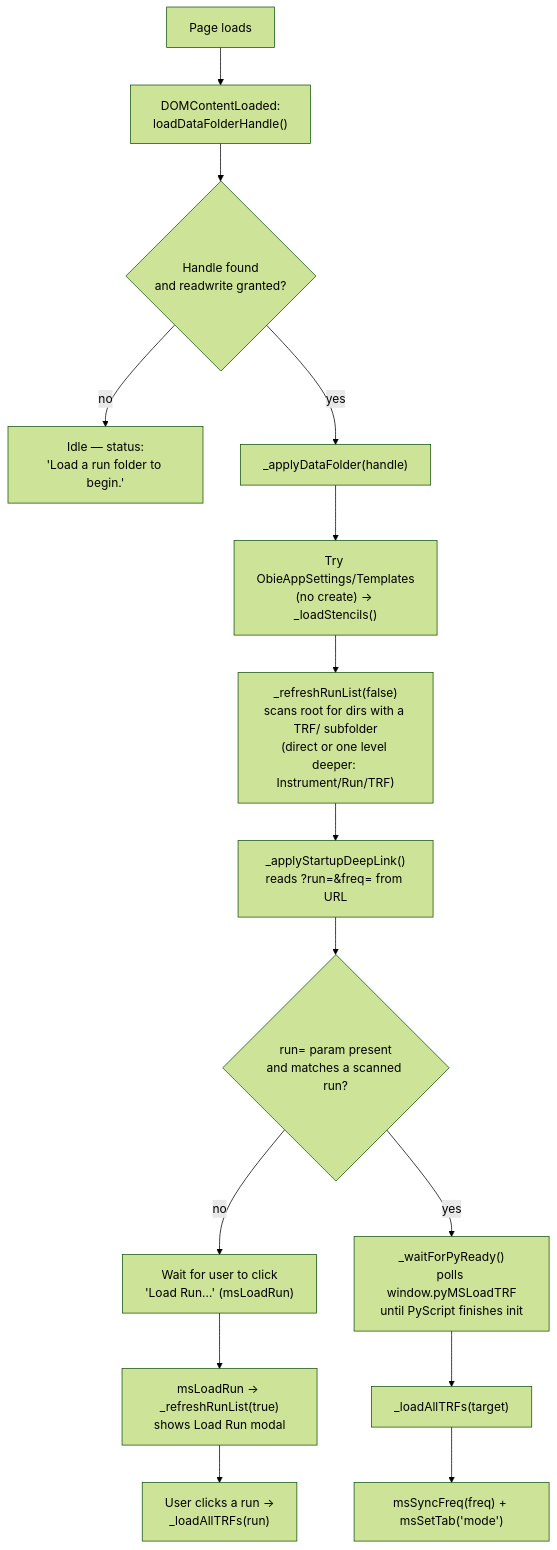
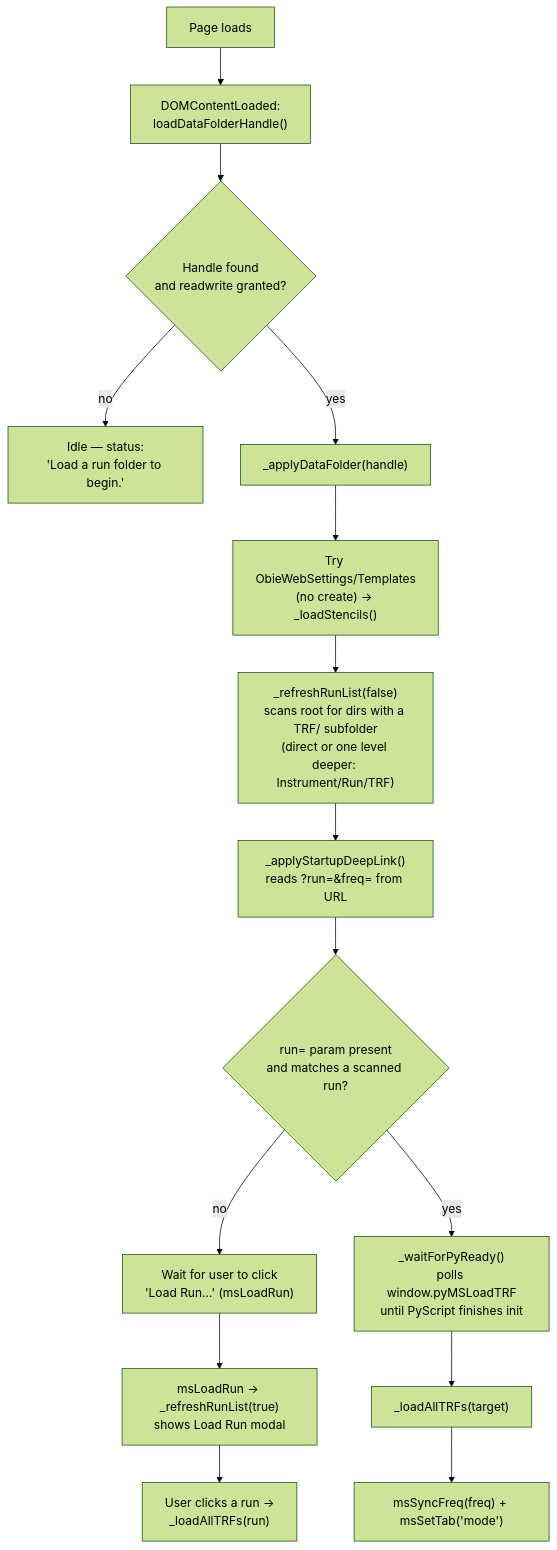
The first of 6 diagrams in Web/tools/modeshape/FLOWCHART.md (chrisbuerginrogers/ObieApp), drawn with Mermaid (forest theme) before and after one commit. The commit also changed other lines of this file and 28 other files, not shown here.

First line of the commit message:
Rename settings folder ObieAppSettings to ObieWebSettings

````diff
--- a/Web/tools/modeshape/FLOWCHART.md
+++ b/Web/tools/modeshape/FLOWCHART.md
@@ -32,17 +32,17 @@
 ```mermaid
 flowchart TD
     A["Page loads"] --> B["DOMContentLoaded:\nloadDataFolderHandle()"]
     B --> C{"Handle found\nand readwrite granted?"}
     C -- no --> D["Idle — status:\n'Load a run folder to begin.'"]
     C -- yes --> E["_applyDataFolder(handle)"]
-    E --> F["Try ObieAppSettings/Templates\n(no create) → _loadStencils()"]
+    E --> F["Try ObieWebSettings/Templates\n(no create) → _loadStencils()"]
     F --> G["_refreshRunList(false)\nscans root for dirs with a TRF/ subfolder\n(direct or one level deeper: Instrument/Run/TRF)"]
     G --> H["_applyStartupDeepLink()\nreads ?run=&freq= from URL"]
     H --> I{"run= param present\nand matches a scanned run?"}
     I -- no --> J["Wait for user to click\n'Load Run…' (msLoadRun)"]
     I -- yes --> K["_waitForPyReady()\npolls window.pyMSLoadTRF\nuntil PyScript finishes init"]
     K --> L["_loadAllTRFs(target)"]
     L --> M["msSyncFreq(freq) + msSetTab('mode')"]
     J --> N["msLoadRun → _refreshRunList(true)\nshows Load Run modal"]
     N --> O["User clicks a run →\n_loadAllTRFs(run)"]
 ```
````
